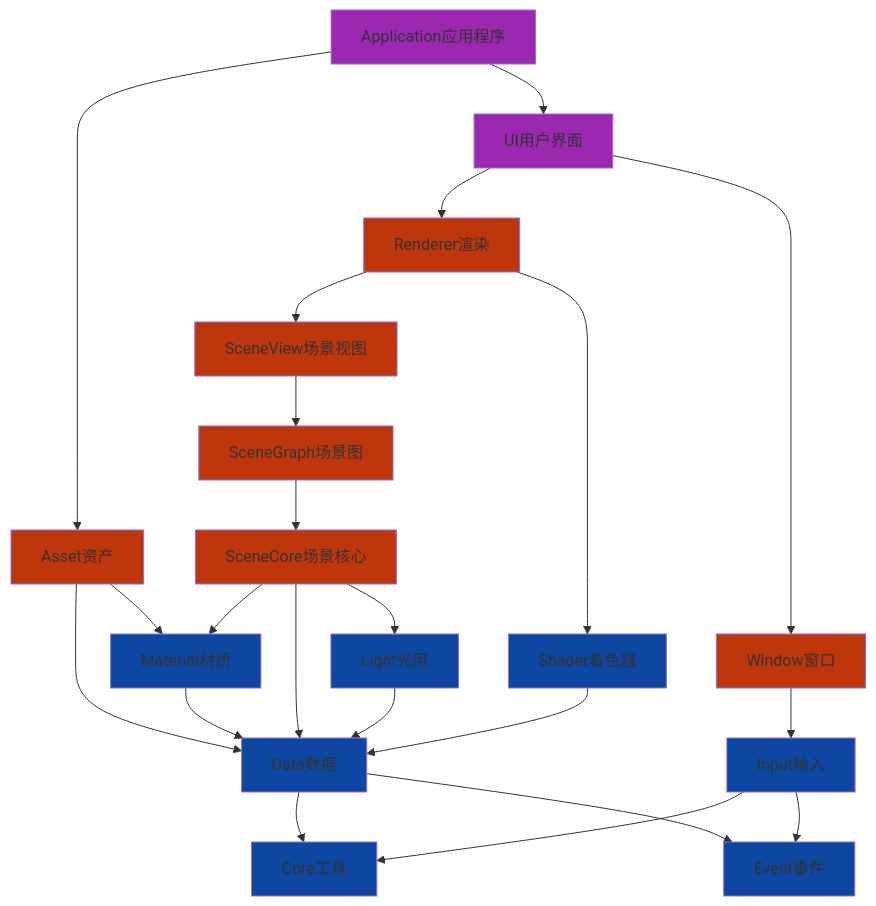
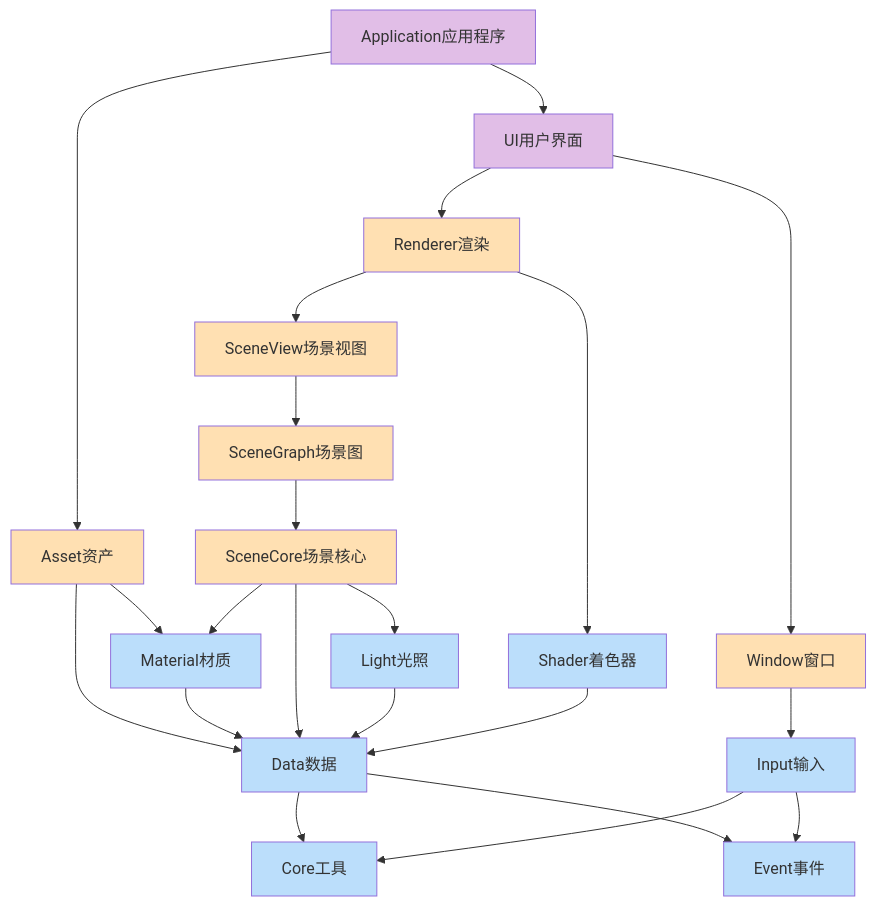
Before and after one commit to mite085/MiteEngine: the first of 11 diagrams in Design.md, drawn with Mermaid. The commit also changed other lines of this file, not shown here.

Commit message:
docs: 修复网页端公式渲染错误问题，修复核心架构图背景色太深导致文本不明显问题

`````diff
--- a/Design.md
+++ b/Design.md
@@ -74,54 +74,54 @@
 ```mermaid
 graph TD
     %% 最底层模块
     Core[Core工具]
     Event[Event事件]
     
     %% 第二层：仅依赖最底层
     Input[Input输入] --> Core
     Input --> Event
     Data[Data数据] --> Core
     Data --> Event
     
     %% 第三层：依赖Data和最底层
     Material[Material材质] --> Data
     Light[Light光照] --> Data
     Shader[Shader着色器] --> Data
     
     %% 第四层：依赖Material/Light和SceneCore
     Asset[Asset资产] --> Data
     Asset --> Material
     SceneCore[SceneCore场景核心] --> Material
     SceneCore --> Data
     SceneCore --> Light
     
     %% 第五层：依赖SceneCore
     SceneGraph[SceneGraph场景图] --> SceneCore
     
     %% 第六层：依赖SceneGraph和SceneCore
     SceneView[SceneView场景视图] --> SceneGraph
     
     %% 第七层：依赖SceneView
     Renderer[Renderer渲染] --> SceneView
     Renderer --> Shader
     
     %% 第八层：依赖最底层和Input
     Window[Window窗口] --> Input
     
     %% 第九层：依赖Renderer和Window
     UI[UI用户界面] --> Renderer
     UI --> Window
     
     %% 最顶层：依赖所有功能模块
     Application[Application应用程序] --> Asset
     Application --> UI
 
     %% 样式定义
-    classDef bottom fill:#0d47a1
-    classDef middle fill:#bf360c
-    classDef top fill:#9c27b0
+    classDef bottom fill: #bbdefb
+    classDef middle fill: #ffe0b2
+    classDef top fill: #e1bee7
     
     class Input,Data,Core,Event,Material,Light,Shader bottom
     class Asset,SceneCore,SceneGraph,SceneSerializer,SceneView,Renderer,Window middle
     class UI,Application top
 ````
`````
